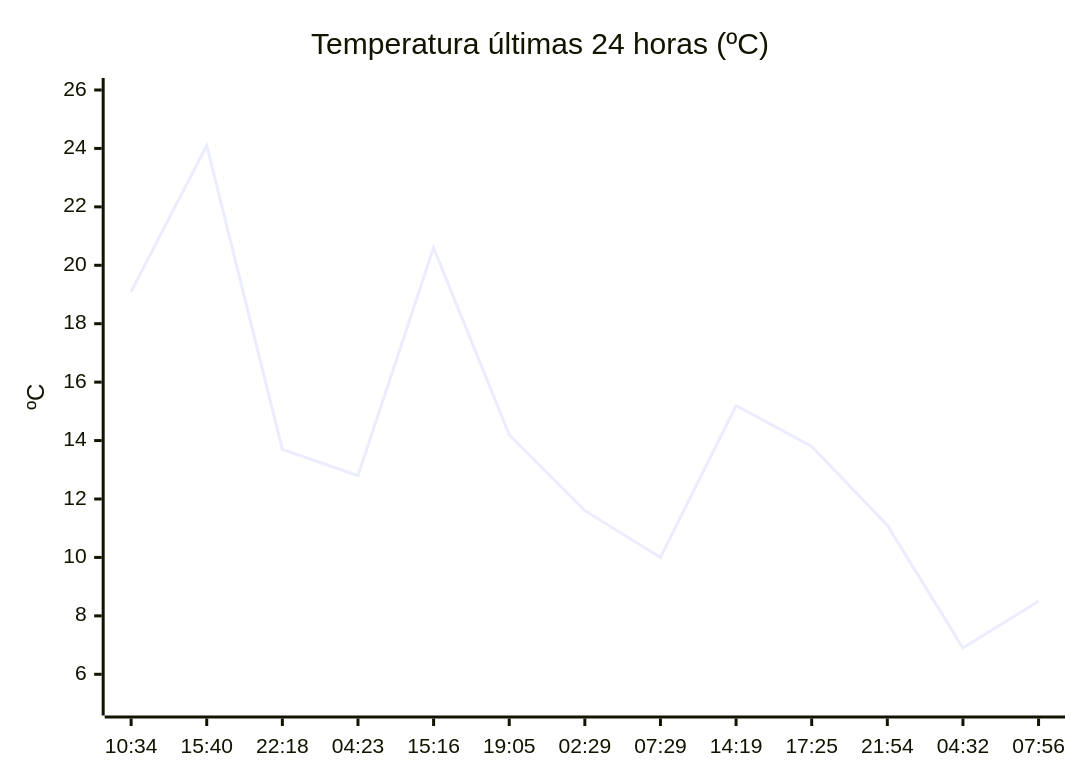
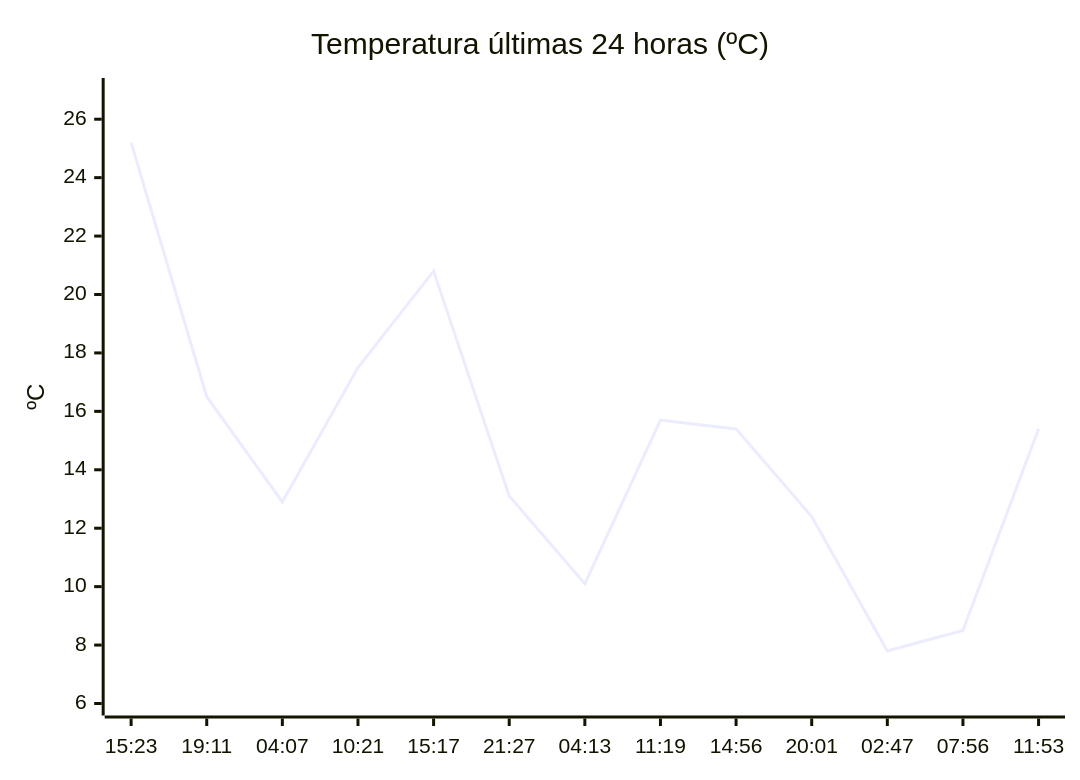
One commit to solidsnk86/rem-scrap changed the diagram in README.md. Above: the diagram before and after it, drawn with Mermaid. The commit also changed other lines of this file, not shown here.

````diff
--- a/README.md
+++ b/README.md
@@ -32,7 +32,7 @@
 ```mermaid
 xychart-beta
     title "Temperatura últimas 24 horas (ºC)"
-    x-axis ["10:34", "15:40", "22:18", "04:23", "15:16", "19:05", "02:29", "07:29", "14:19", "17:25", "21:54", "04:32", "07:56"]
-    y-axis "ºC" 5 --> 26
-    line [19.1, 24.1, 13.7, 12.8, 20.6, 14.2, 11.6, 10, 15.2, 13.8, 11.1, 6.9, 8.5]
+    x-axis ["15:23", "19:11", "04:07", "10:21", "15:17", "21:27", "04:13", "11:19", "14:56", "20:01", "02:47", "07:56", "11:53"]
+    y-axis "ºC" 6 --> 27
+    line [25.2, 16.5, 12.9, 17.5, 20.8, 13.1, 10.1, 15.7, 15.4, 12.4, 7.8, 8.5, 15.4]
 ```
````
